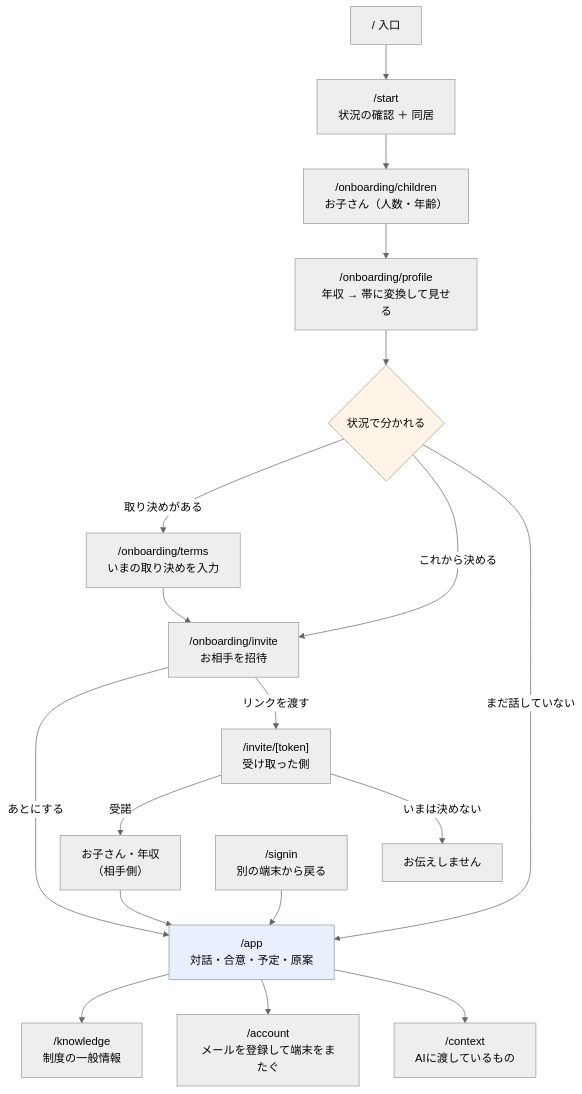
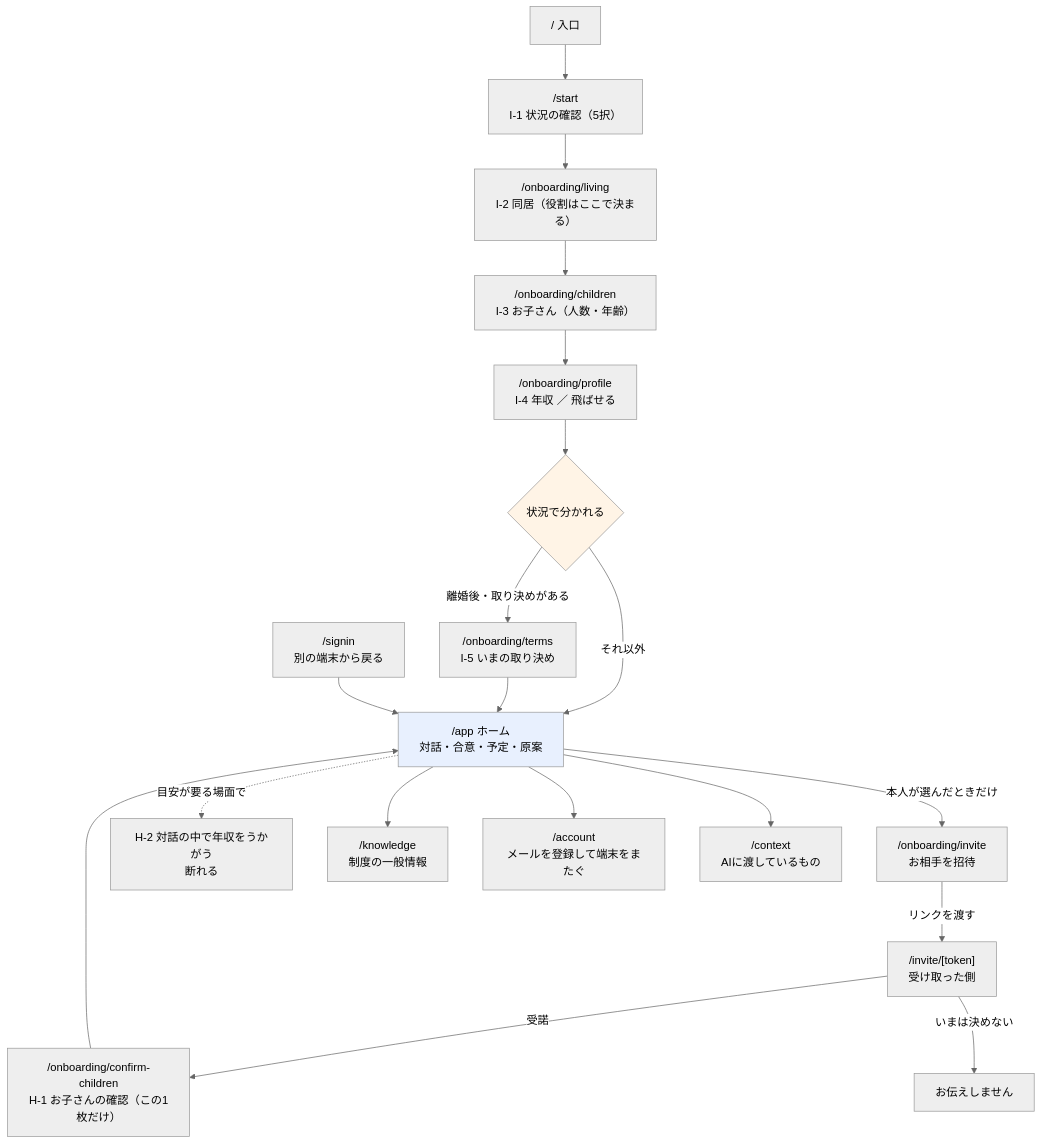
One commit to sugimomoto/AIHack changed diagram 12 of 14 in docs/functional-design.md. Above: the diagram before and after it, drawn with Mermaid (neutral theme). The commit also changed other lines of this file and 32 other files, not shown here.

````diff
--- a/docs/functional-design.md
+++ b/docs/functional-design.md
@@ -1097,30 +1117,32 @@
 ```mermaid
 graph TD
-    TOP["/ 入口"] --> START["/start<br/>状況の確認 ＋ 同居"]
+    TOP["/ 入口"] --> START["/start<br/>I-1 状況の確認（5択）"]
 
-    START --> CH["/onboarding/children<br/>お子さん（人数・年齢）"]
-    CH --> PRO["/onboarding/profile<br/>年収 → 帯に変換して見せる"]
+    START --> LIV["/onboarding/living<br/>I-2 同居（役割はここで決まる）"]
+    LIV --> CH["/onboarding/children<br/>I-3 お子さん（人数・年齢）"]
+    CH --> PRO["/onboarding/profile<br/>I-4 年収 ／ 飛ばせる"]
 
     PRO --> BR{"状況で分かれる"}
-    BR -->|"取り決めがある"| TERMS["/onboarding/terms<br/>いまの取り決めを入力"]
-    BR -->|"これから決める"| INV["/onboarding/invite<br/>お相手を招待"]
-    BR -->|"まだ話していない"| APP
+    BR -->|"離婚後・取り決めがある"| TERMS["/onboarding/terms<br/>I-5 いまの取り決め"]
+    BR -->|"それ以外"| APP
+    TERMS --> APP
 
-    TERMS --> INV
-    INV -->|"あとにする"| APP
+    APP["/app ホーム<br/>対話・合意・予定・原案"]
+    APP -->|"本人が選んだときだけ"| INV["/onboarding/invite<br/>お相手を招待"]
     INV -->|"リンクを渡す"| RECV["/invite/[token]<br/>受け取った側"]
 
-    RECV -->|"受諾"| RCH["お子さん・年収<br/>（相手側）"]
+    RECV -->|"受諾"| RCH["/onboarding/confirm-children<br/>H-1 お子さんの確認（この1枚だけ）"]
     RCH --> APP
     RECV -->|"いまは決めない"| DECL["お伝えしません"]
 
-    APP["/app<br/>対話・合意・予定・原案"]
+    APP -.->|"目安が要る場面で"| H2["H-2 対話の中で年収をうかがう<br/>断れる"]
+
     APP --> KN["/knowledge<br/>制度の一般情報"]
     APP --> ACC["/account<br/>メールを登録して端末をまたぐ"]
     APP --> CTX["/context<br/>AIに渡しているもの"]
 
     SIGN["/signin<br/>別の端末から戻る"] --> APP
 
     style APP fill:#e8f0fe
     style BR fill:#fff4e6
 ```
````
